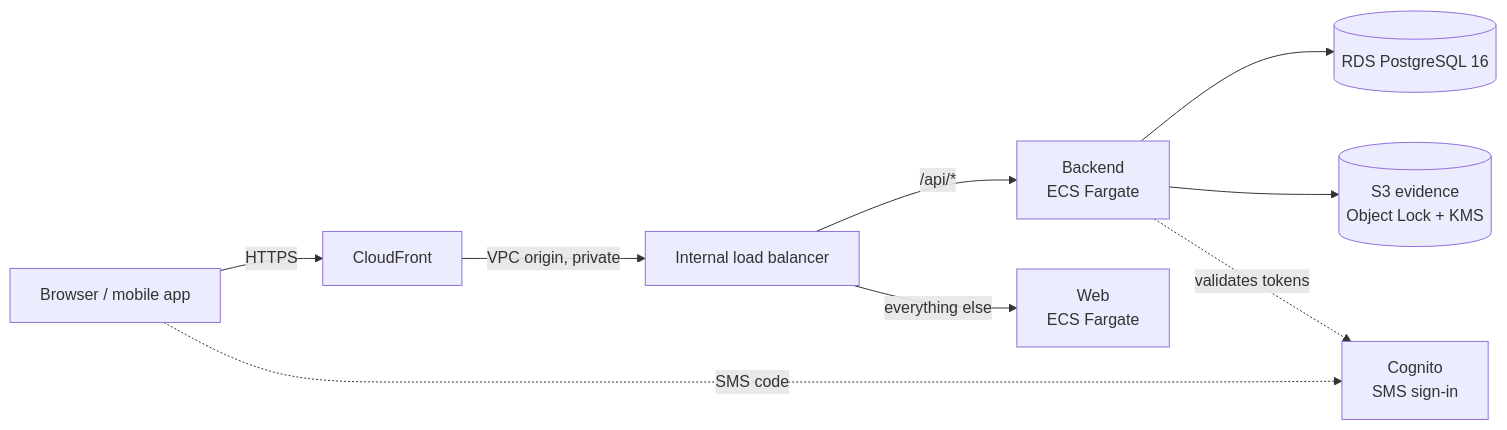
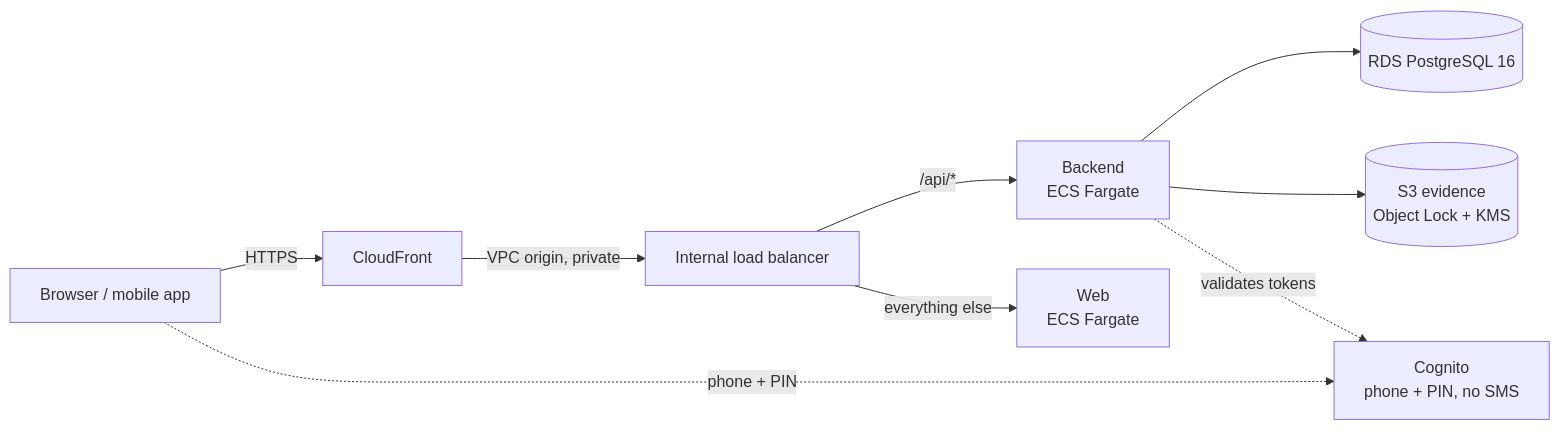
One commit to ssbsoftrepo/Gold-Passport changed the diagram in docs/deploy.md. Above: the diagram before and after it, drawn with Mermaid. The commit also changed other lines of this file and 17 other files, not shown here.

First line of the commit message:
docs: phone number + PIN sign-in without SMS

````diff
--- a/docs/deploy.md
+++ b/docs/deploy.md
@@ -9,11 +9,11 @@
 ```mermaid
 flowchart LR
     U[Browser / mobile app] -->|HTTPS| CF[CloudFront]
     CF -->|VPC origin, private| ALB[Internal load balancer]
     ALB -->|/api/*| API[Backend<br/>ECS Fargate]
     ALB -->|everything else| WEB[Web<br/>ECS Fargate]
     API --> DB[(RDS PostgreSQL 16)]
     API --> S3[(S3 evidence<br/>Object Lock + KMS)]
-    API -. validates tokens .-> COG[Cognito<br/>SMS sign-in]
-    U -. SMS code .-> COG
+    API -. validates tokens .-> COG[Cognito<br/>phone + PIN, no SMS]
+    U -. phone + PIN .-> COG
 ```
````
